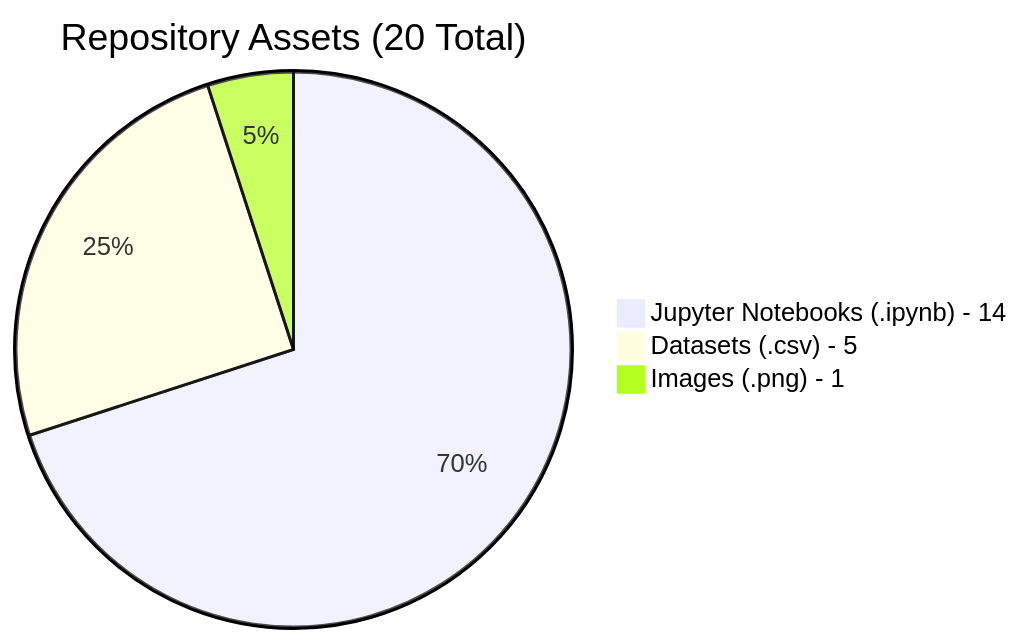
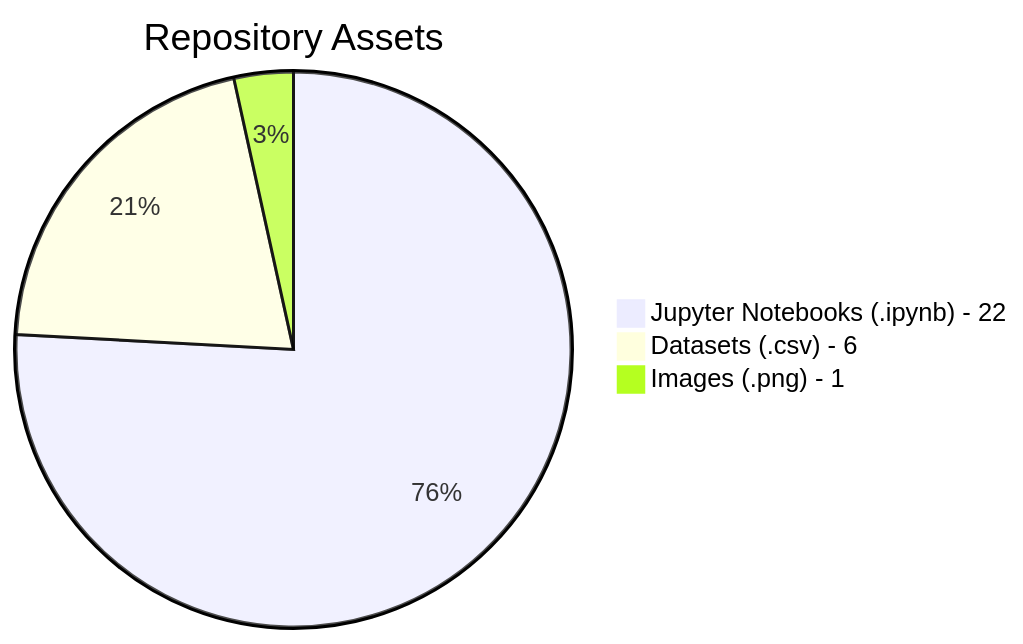
The second of 2 diagrams in README.md (aadithya-vimal/SamsungInnovationCampus), drawn with Mermaid before and after one commit. The commit also changed other lines of this file and 11 other files, not shown here.

First line of the commit message:
Add datasets/ folder, update CSV paths in notebooks, rewrite README comprehensively

````diff
--- a/README.md
+++ b/README.md
@@ -29,6 +33,6 @@
 ```mermaid
-pie title Repository Assets (20 Total)
-    "Jupyter Notebooks (.ipynb) - 14" : 14
-    "Datasets (.csv) - 5" : 5
+pie title Repository Assets
+    "Jupyter Notebooks (.ipynb) - 22" : 22
+    "Datasets (.csv) - 6" : 6
     "Images (.png) - 1" : 1
 ```
````
